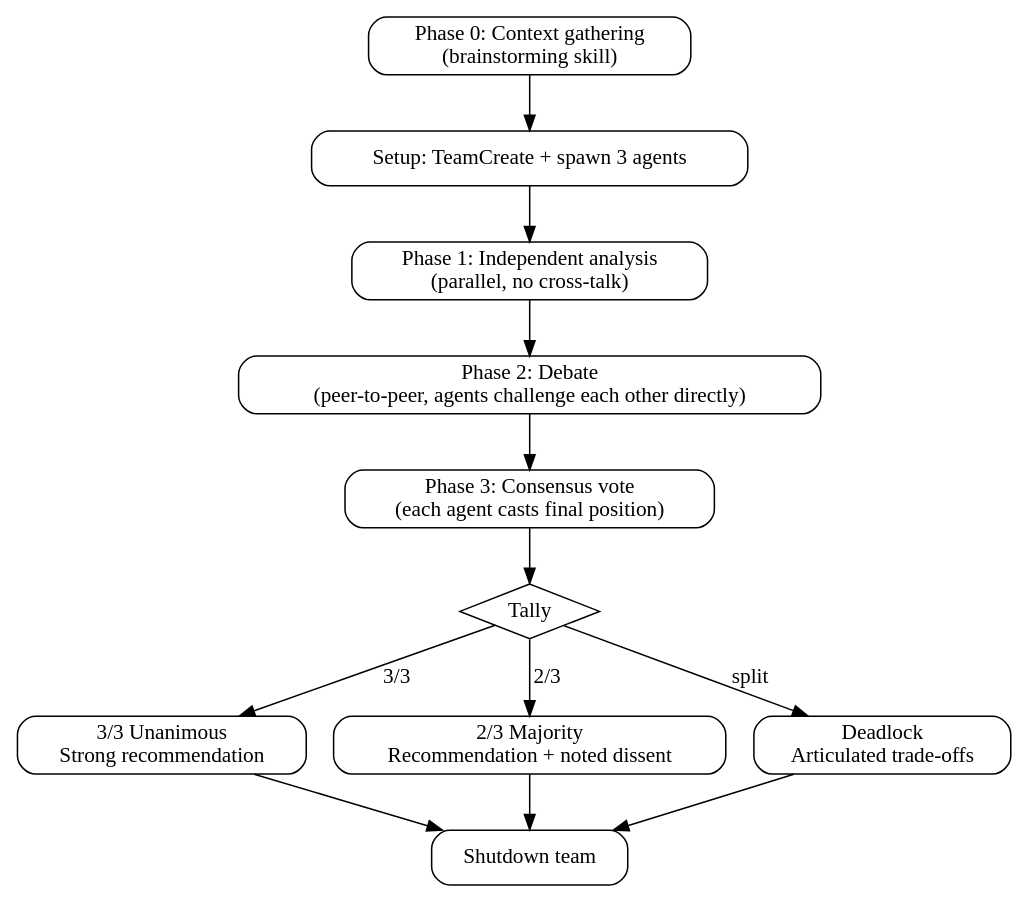
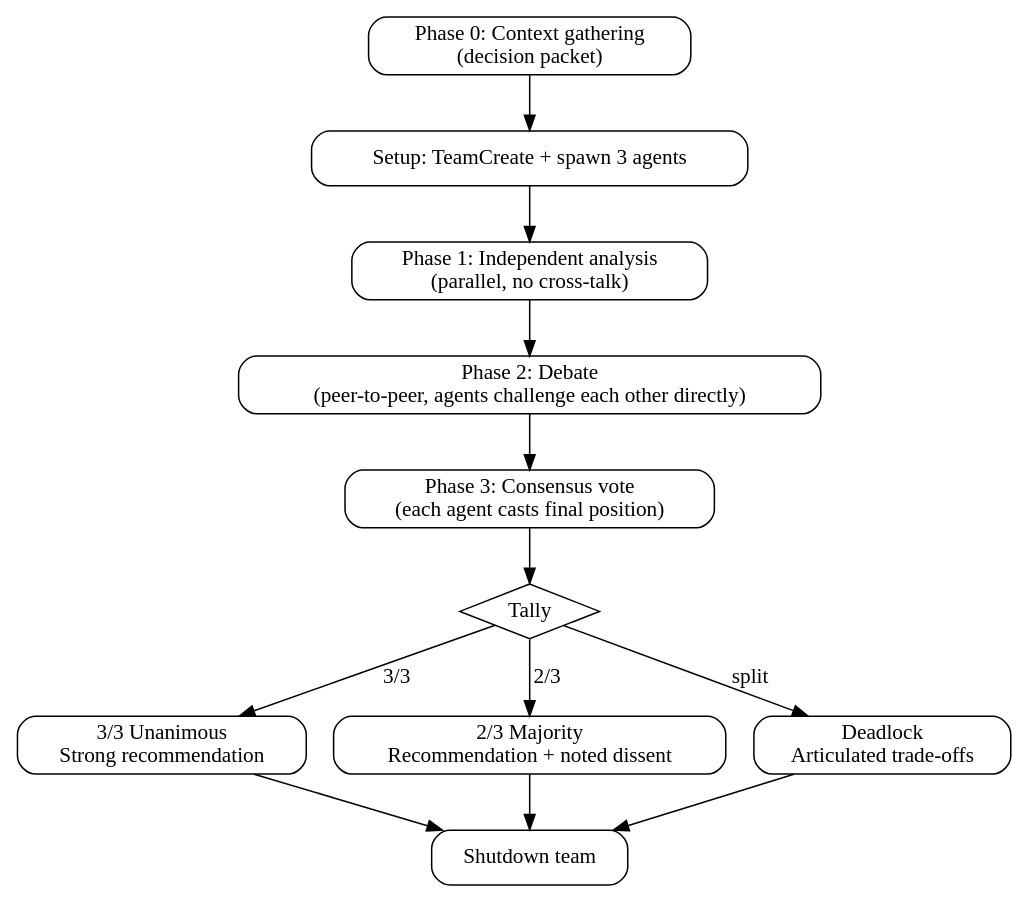
One commit to vinta/hal-9000 changed the diagram in skills/magi/SKILL.md. Above: the diagram before and after it, drawn with Graphviz. The commit also changed other lines of this file and 1 other file, not shown here.

````diff
--- a/skills/magi/SKILL.md
+++ b/skills/magi/SKILL.md
@@ -41,25 +43,25 @@
 ```dot
 digraph magi_flow {
     rankdir=TB;
     node [shape=box, style=rounded];
 
-    gather [label="Phase 0: Context gathering\n(brainstorming skill)"];
+    gather [label="Phase 0: Context gathering\n(decision packet)"];
     setup [label="Setup: TeamCreate + spawn 3 agents"];
     p1 [label="Phase 1: Independent analysis\n(parallel, no cross-talk)"];
     p2 [label="Phase 2: Debate\n(peer-to-peer, agents challenge each other directly)"];
     vote [label="Phase 3: Consensus vote\n(each agent casts final position)"];
     tally [label="Tally" shape=diamond style=""];
     unanimous [label="3/3 Unanimous\nStrong recommendation"];
     majority [label="2/3 Majority\nRecommendation + noted dissent"];
     deadlock [label="Deadlock\nArticulated trade-offs"];
     done [label="Shutdown team"];
 
     gather -> setup -> p1 -> p2 -> vote -> tally;
     tally -> unanimous [label="3/3"];
     tally -> majority [label="2/3"];
     tally -> deadlock [label="split"];
     unanimous -> done;
     majority -> done;
     deadlock -> done;
 }
 ```
````
